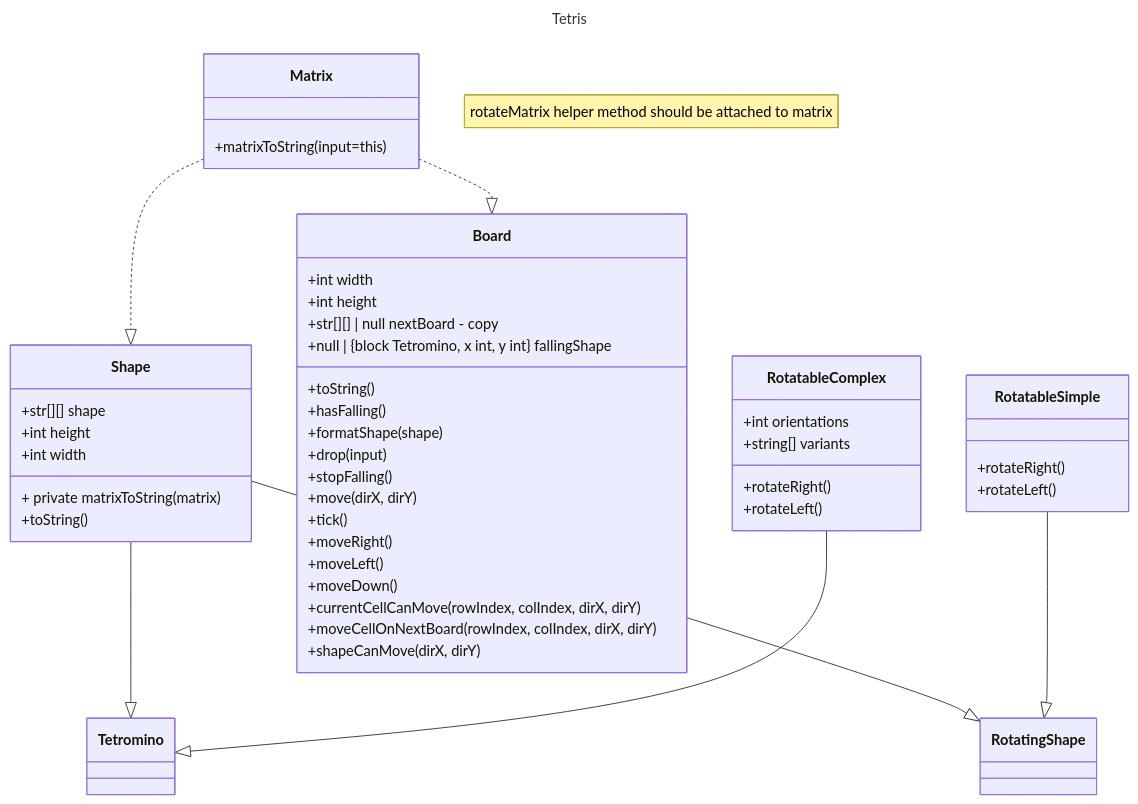
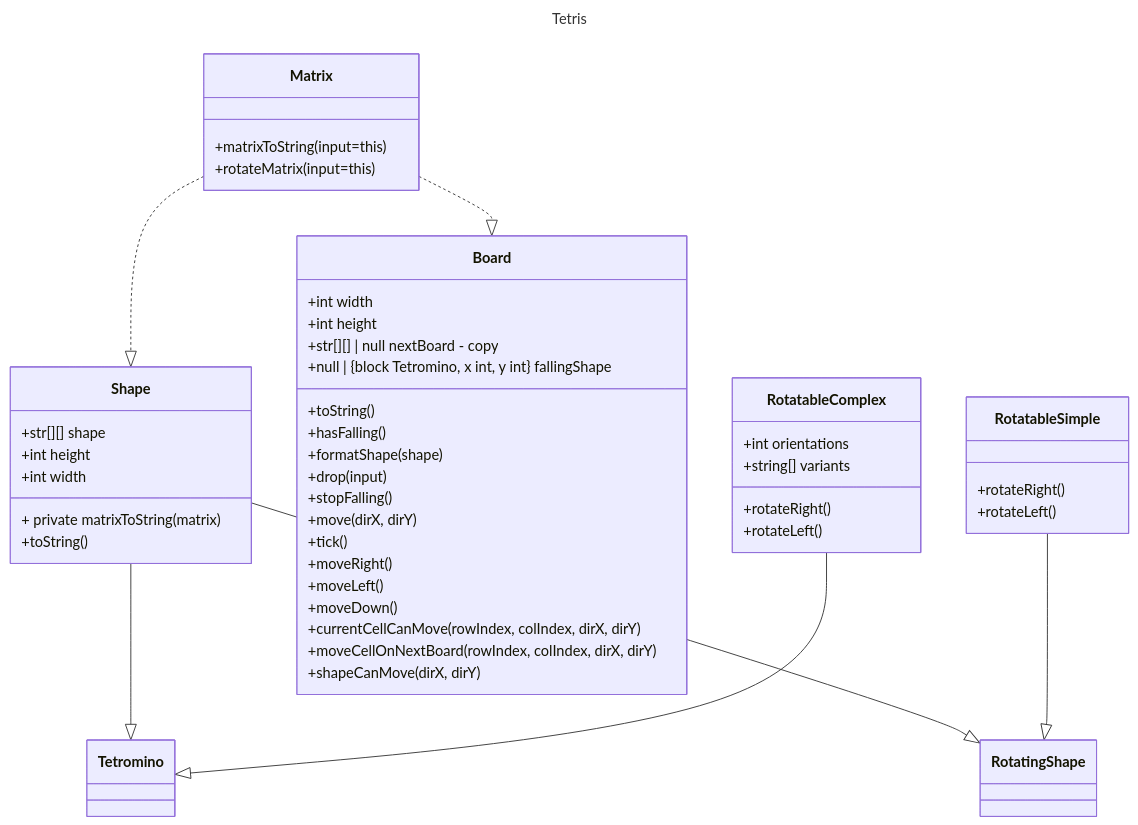
Before and after one commit to gros-pataplouf/tetris_tdd: the diagram in docs/diagram_changes.md, drawn with Mermaid. The commit also changed 2 other files, not shown here.

Commit message:
tests pass

````diff
--- a/docs/diagram_changes.md
+++ b/docs/diagram_changes.md
@@ -1,49 +1,49 @@
 ```mermaid
 ---
 title: Tetris
 ---
 
  
 classDiagram
-    note "rotateMatrix helper method should be attached to matrix"
     Matrix ..|> Shape
     Matrix ..|> Board
     Matrix: +matrixToString(input=this)
+    Matrix: +rotateMatrix(input=this)
     Shape --|> Tetromino
     RotatableComplex --|> Tetromino
     Shape --|> RotatingShape
     RotatableSimple --|> RotatingShape
     RotatableSimple: +rotateRight()
     RotatableSimple: +rotateLeft()
     RotatableComplex: +int orientations
     RotatableComplex: +string[] variants
     RotatableComplex: +rotateRight()
     RotatableComplex: +rotateLeft()
     Shape: +str[][] shape
     Shape: +int height
     Shape: +int width
     Shape: + private matrixToString(matrix)
     Shape: +toString()
     Board: +int width
     Board: +int height
     Board: +str[][] | null nextBoard - copy
     Board: +null | {block Tetromino, x int, y int} fallingShape 
     Board: +toString()
     Board: +hasFalling()
     Board: +formatShape(shape)
     Board: +drop(input)
     Board: +stopFalling()
     Board: +move(dirX, dirY)
     Board: +tick()
     Board: +moveRight()
     Board: +moveLeft()
     Board: +moveDown()
     Board: +currentCellCanMove(rowIndex, colIndex, dirX, dirY)
     Board: +moveCellOnNextBoard(rowIndex, colIndex, dirX, dirY)
     Board: +shapeCanMove(dirX, dirY)
 
 
 
 
 
 ```
````
